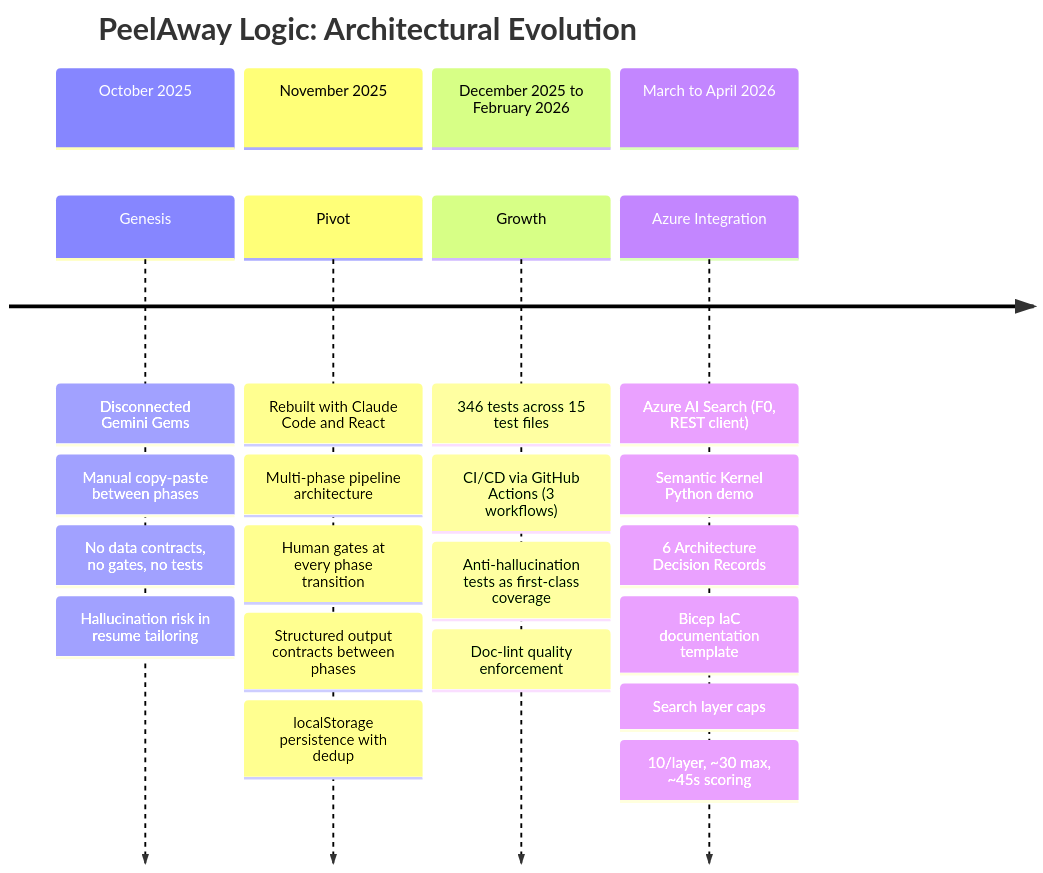
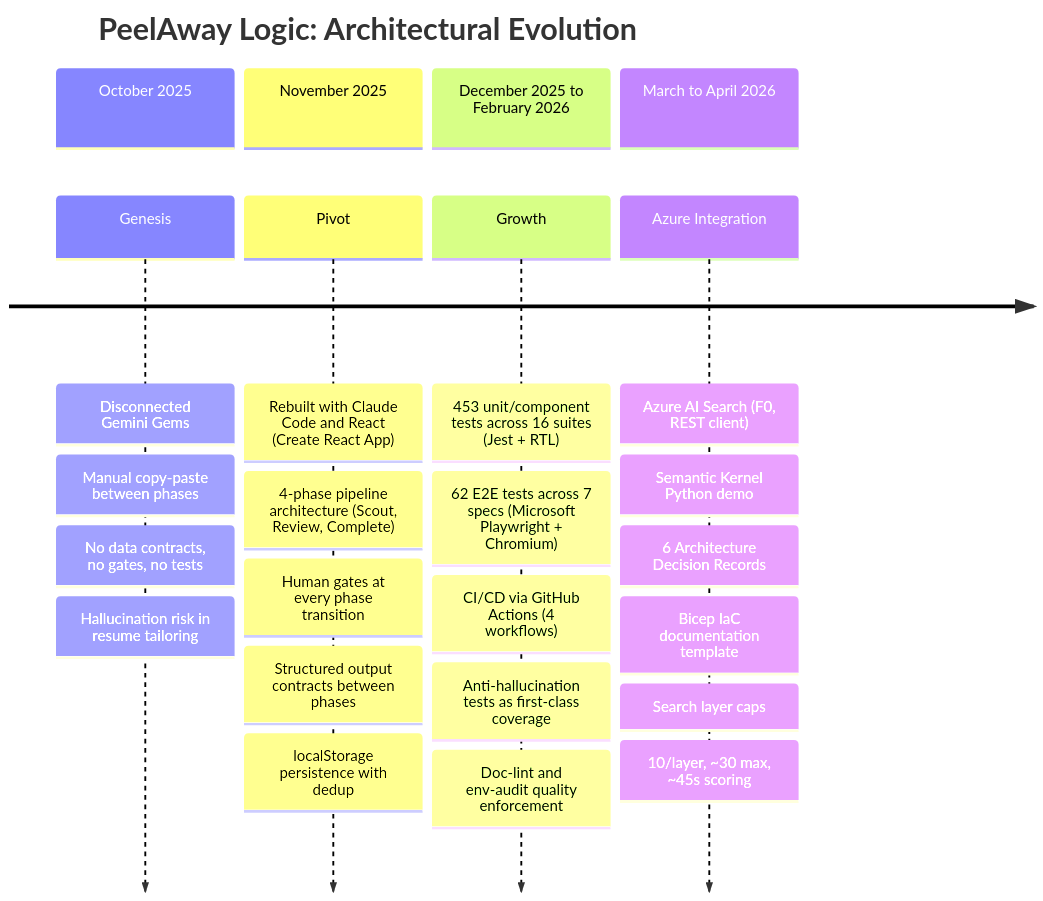
The diagram in peelaway-logic/docs/architecture/diagrams/evolution-timeline.mermaid (CarmenReed/AI-Claude-Code-Ecosystem), drawn with Mermaid before and after one commit. The commit also changed 12 other files, not shown here.

First line of the commit message:
docs: update PeelAway Logic to 4-phase pipeline, add Playwright and Copilot

```diff
--- a/peelaway-logic/docs/architecture/diagrams/evolution-timeline.mermaid
+++ b/peelaway-logic/docs/architecture/diagrams/evolution-timeline.mermaid
@@ -1,28 +1,29 @@
 %% PeelAway Logic: Architectural Evolution Timeline
 %% Shows the journey from disconnected Gemini Gems to governed agentic pipeline
 %% Each section represents a meaningful architectural phase, not just a calendar period
 
 timeline
     title PeelAway Logic: Architectural Evolution
     section October 2025
         Genesis : Disconnected Gemini Gems
                 : Manual copy-paste between phases
                 : No data contracts, no gates, no tests
                 : Hallucination risk in resume tailoring
     section November 2025
-        Pivot : Rebuilt with Claude Code and React
-              : Multi-phase pipeline architecture
+        Pivot : Rebuilt with Claude Code and React (Create React App)
+              : 4-phase pipeline architecture (Scout, Review, Complete)
               : Human gates at every phase transition
               : Structured output contracts between phases
               : localStorage persistence with dedup
     section December 2025 to February 2026
-        Growth : 346 tests across 15 test files
-               : CI/CD via GitHub Actions (3 workflows)
+        Growth : 453 unit/component tests across 16 suites (Jest + RTL)
+               : 62 E2E tests across 7 specs (Microsoft Playwright + Chromium)
+               : CI/CD via GitHub Actions (4 workflows)
                : Anti-hallucination tests as first-class coverage
-               : Doc-lint quality enforcement
+               : Doc-lint and env-audit quality enforcement
     section March to April 2026
         Azure Integration : Azure AI Search (F0, REST client)
                           : Semantic Kernel Python demo
                           : 6 Architecture Decision Records
                           : Bicep IaC documentation template
                           : Search layer caps: 10/layer, ~30 max, ~45s scoring
```
